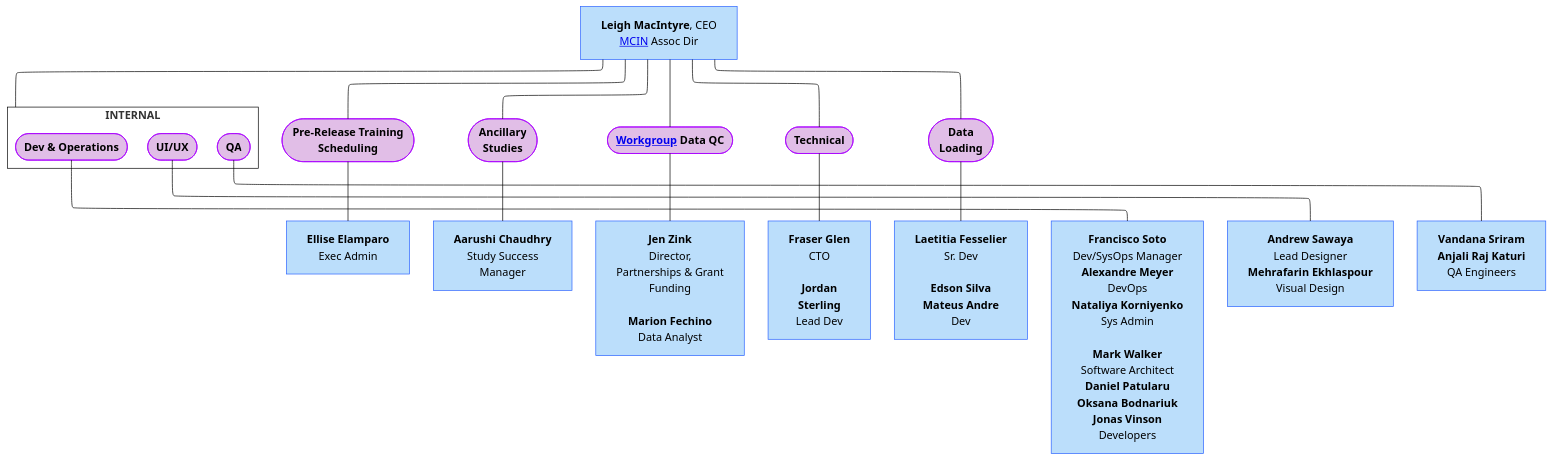
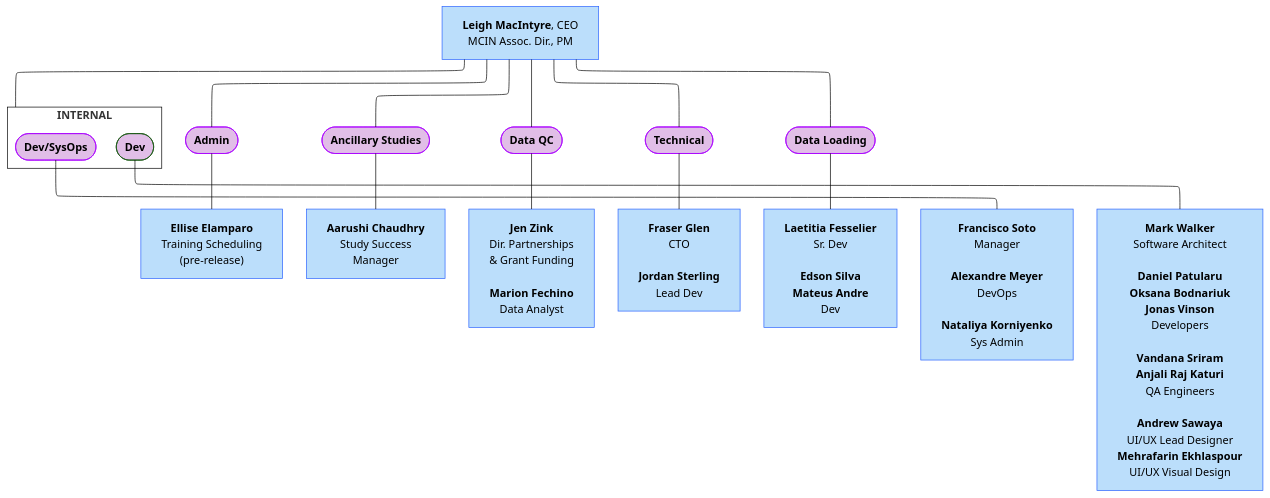
The third of 9 diagrams in docs/orgcharts.md (DCAN-Labs/hbcd-docs-internal), drawn with Mermaid (forest theme) before and after one commit.

Commit message:
simplify lasso

````diff
--- a/docs/orgcharts.md
+++ b/docs/orgcharts.md
@@ -156,39 +156,40 @@
 ```mermaid
 ---
 config:
   layout: elk
 ---
 flowchart TB
  subgraph s1["<b>INTERNAL</b>"]
-        n21(["<b>QA</b>"])
-        n22(["<b>UI/UX</b>"])
-        n23(["<b>Dev &amp; Operations</b>"])
+        n22(["<b>Dev</b>"])
+        n23(["<b>Dev/SysOps</b>"])
   end
-    A["<b>Leigh MacIntyre</b>, CEO<br><a href="https://mcin.ca/about-mcin/" target="_blank">MCIN</a> Assoc Dir"] --- B(["<b>Pre-Release Training<br>Scheduling<br></b>"]) & n1(["<b>Ancillary<br>Studies</b>"]) & n2(["<a href="https://hbcdstudy.org/workgroups-and-committees/"><b>Workgroup</a> Data QC</b>"]) & n3(["<b>Technical</b>"]) & n4(["<b>Data<br>Loading</b>"]) & s1
-    B --- n5["<b>Ellise Elamparo</b><br>Exec Admin"]
+    A["<b>Leigh MacIntyre</b>, CEO<br>MCIN Assoc. Dir., PM"] --- B(["<b>Admin</b>"]) & n1(["<b>Ancillary Studies</b>"]) & n2(["<b>Data QC</b>"]) & n3(["<b>Technical</b>"]) & n4(["<b>Data Loading</b>"]) & s1
+    B --- n5["<b>Ellise Elamparo</b><br>Training Scheduling<br>(pre-release)"]
     n1 --- n6["<b>Aarushi Chaudhry<br></b>Study Success<br>Manager"]
-    n2 --- n7["<b>Jen Zink<br></b>Director,<br>Partnerships &amp; Grant<br>Funding<br><br><b>Marion Fechino</b><br>Data Analyst"]
-    n3 --- n8["<b>Fraser Glen<br></b>CTO<br><br><b>Jordan<br>Sterling<br></b>Lead Dev"]
+    n2 --- n7["<b>Jen Zink<br></b>Dir. Partnerships<br>&amp; Grant Funding<br><br><b>Marion Fechino</b><br>Data Analyst"]
+    n3 --- n8["<b>Fraser Glen<br></b>CTO<br><br><b>Jordan Sterling<br></b>Lead Dev"]
     n4 --- n9["<b>Laetitia Fesselier<br></b>Sr. Dev<br><b><br>Edson Silva</b><br><b>Mateus Andre<br></b>Dev"]
-    n23 --- n24["<b>Francisco Soto</b><br>Dev/SysOps Manager<br><b>Alexandre Meyer</b><br>DevOps<br><b>Nataliya Korniyenko<br></b>Sys Admin<br><br><b>Mark Walker<br></b>Software Architect<br><b>Daniel Patularu</b><br><b>Oksana Bodnariuk<br>Jonas Vinson<br></b>Developers"]
-    n22 --- n26["<b>Andrew Sawaya</b><br>Lead Designer<br><b>Mehrafarin Ekhlaspour</b><br>Visual Design"]
-    n21 --- n27["<b>Vandana Sriram</b><br><b>Anjali Raj Katuri<br></b>QA Engineers"]
-    style n21 fill:#E1BEE7,stroke:#AA00FF
-    style n22 fill:#E1BEE7,stroke:#AA00FF
+    n23 --- n24["<b>Francisco Soto</b><br>Manager<br>
+    <b>Alexandre Meyer</b><br>DevOps<br>
+    <b>Nataliya Korniyenko<br></b>Sys Admin"]
+    n22 --- n26["<b>Mark Walker</b><br>Software Architect<br>
+    <b>Daniel Patularu</b><br><b>Oksana Bodnariuk<br>Jonas Vinson<br></b>Developers<br>
+    <b>Vandana Sriram</b><br><b>Anjali Raj Katuri<br></b>QA Engineers<br>
+    <b>Andrew Sawaya</b><br>UI/UX Lead Designer<br><b>Mehrafarin Ekhlaspour</b><br>UI/UX Visual Design"]
+    style n22 fill:#E1BEE7
     style n23 fill:#E1BEE7,stroke:#AA00FF
     style A fill:#BBDEFB,stroke:#2962FF
     style B fill:#E1BEE7,stroke:#AA00FF
     style n1 fill:#E1BEE7,stroke:#AA00FF
     style n2 fill:#E1BEE7,stroke:#AA00FF
     style n3 fill:#E1BEE7,stroke:#AA00FF
     style n4 fill:#E1BEE7,stroke:#AA00FF
     style s1 fill:#FFFFFF,stroke:#000000
     style n5 fill:#BBDEFB,stroke:#2962FF
     style n6 fill:#BBDEFB,stroke:#2962FF
     style n7 fill:#BBDEFB,stroke:#2962FF
     style n8 fill:#BBDEFB,stroke:#2962FF
     style n9 fill:#BBDEFB,stroke:#2962FF
     style n24 fill:#BBDEFB,stroke:#2962FF
     style n26 fill:#BBDEFB,stroke:#2962FF
-    style n27 fill:#BBDEFB,stroke:#2962FF
 ```
````
